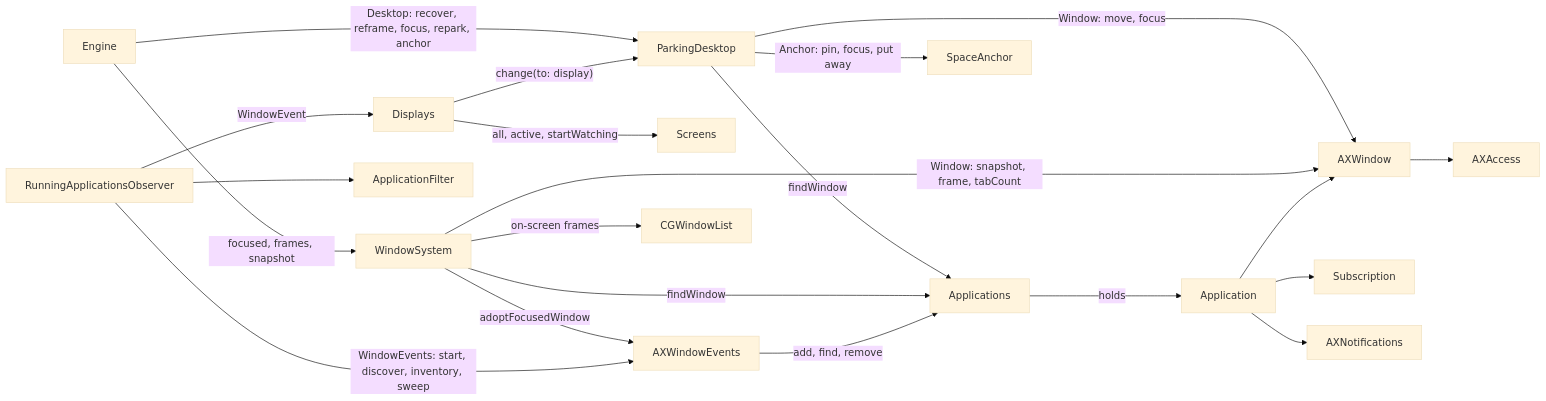
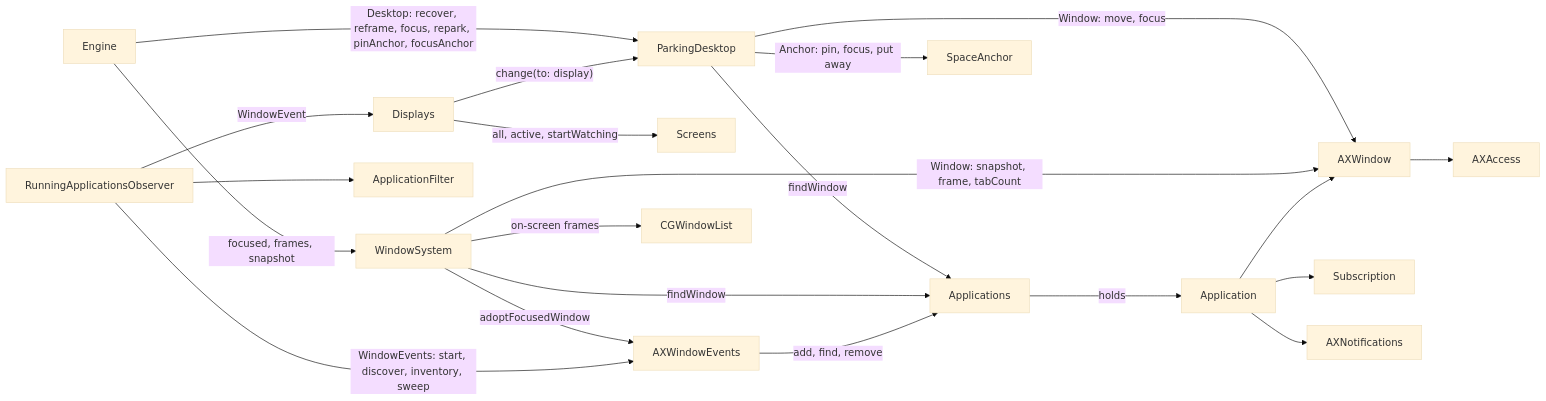
The seventh of 26 diagrams in ARCHITECTURE.md (brennovich/ottowm), drawn with Mermaid (base theme) before and after one commit. The commit also changed other lines of this file and 10 other files, not shown here.

First line of the commit message:
Pin the anchor through the Desktop

````diff
--- a/ARCHITECTURE.md
+++ b/ARCHITECTURE.md
@@ -138,24 +138,24 @@
 ```mermaid
 flowchart LR
-    Engine -->|"Desktop: recover, reframe, focus, repark, anchor"| ParkingDesktop
+    Engine -->|"Desktop: recover, reframe, focus, repark, pinAnchor, focusAnchor"| ParkingDesktop
     Engine -->|focused, frames, snapshot| WindowSystem
     RunningApplicationsObserver -->|WindowEvent| Displays
     Displays -->|"change(to: display)"| ParkingDesktop
     Displays -->|"all, active, startWatching"| Screens
 
     ParkingDesktop -->|findWindow| Applications
     ParkingDesktop -->|"Window: move, focus"| AXWindow
     ParkingDesktop -->|"Anchor: pin, focus, put away"| SpaceAnchor
 
     WindowSystem -->|adoptFocusedWindow| AXWindowEvents
     WindowSystem -->|on-screen frames| CGWindowList
     WindowSystem -->|findWindow| Applications
     WindowSystem -->|"Window: snapshot, frame, tabCount"| AXWindow
 
     RunningApplicationsObserver --> ApplicationFilter
     RunningApplicationsObserver -->|"WindowEvents: start, discover, inventory, sweep"| AXWindowEvents
     AXWindowEvents -->|add, find, remove| Applications
     Applications -->|holds| Application
     Application --> Subscription & AXNotifications & AXWindow
     AXWindow --> AXAccess
 ```
````
